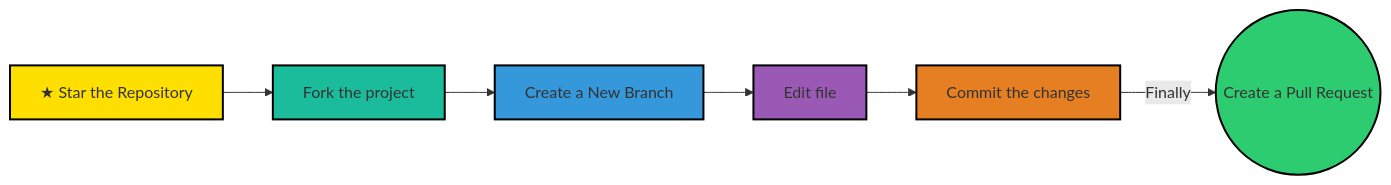
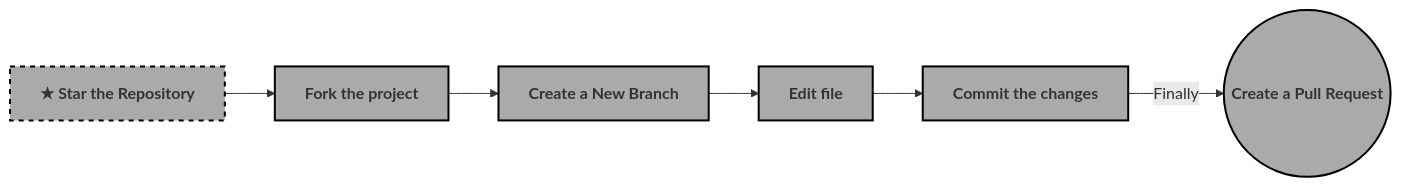
One commit to victorpreston/HackLab changed the diagram in README.md. Above: the diagram before and after it, drawn with Mermaid.

````diff
--- a/README.md
+++ b/README.md
@@ -183,15 +183,15 @@
 ```mermaid
 flowchart LR
-    style Star fill:#ffdf00,stroke:#000000,stroke-width:2px
-    style Fork fill:#1abc9c,stroke:#000000,stroke-width:2px
-    style branch fill:#3498db,stroke:#000000,stroke-width:2px
-    style Edit fill:#9b59b6,stroke:#000000,stroke-width:2px
-    style commit fill:#e67e22,stroke:#000000,stroke-width:2px
-    style creatpr fill:#2ecc71,stroke:#000000,stroke-width:2px
+    style Star fill:#aaaaaa,stroke:#000000,stroke-width:2px,stroke-dasharray:5,5,font-weight:bold
+    style Fork fill:#aaaaaa,stroke:#000000,stroke-width:2px,font-weight:bold
+    style branch fill:#aaaaaa,stroke:#000000,stroke-width:2px,font-weight:bold
+    style Edit fill:#aaaaaa,stroke:#000000,stroke-width:2px,font-weight:bold
+    style commit fill:#aaaaaa,stroke:#000000,stroke-width:2px,font-weight:bold
+    style creatpr fill:#aaaaaa,stroke:#000000,stroke-width:2px,font-weight:bold
     Star["★ Star the Repository"]-->Fork
     Fork[Fork the project]-->branch[Create a New Branch]
     branch-->Edit[Edit file]
     Edit-->commit[Commit the changes]
     commit -->|Finally|creatpr((Create a Pull Request))
     
  ```
````
